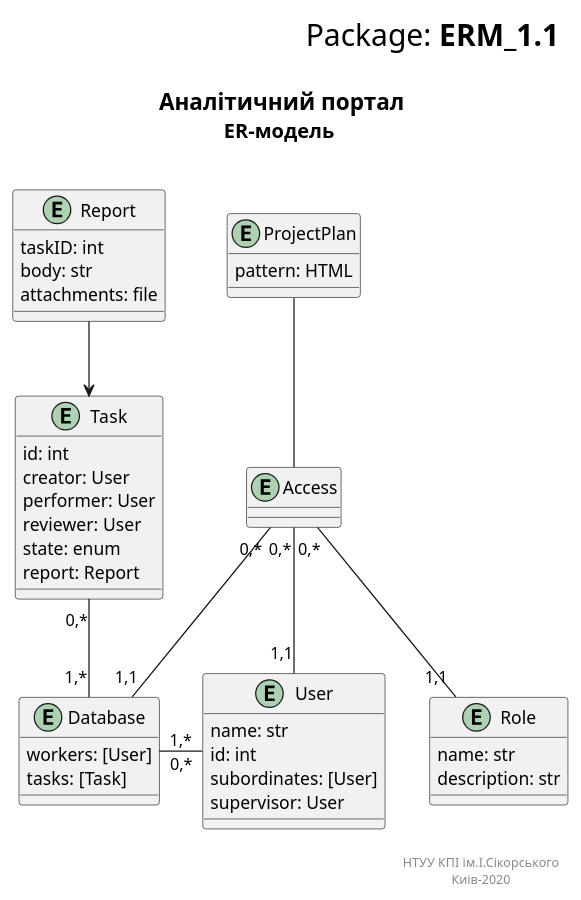
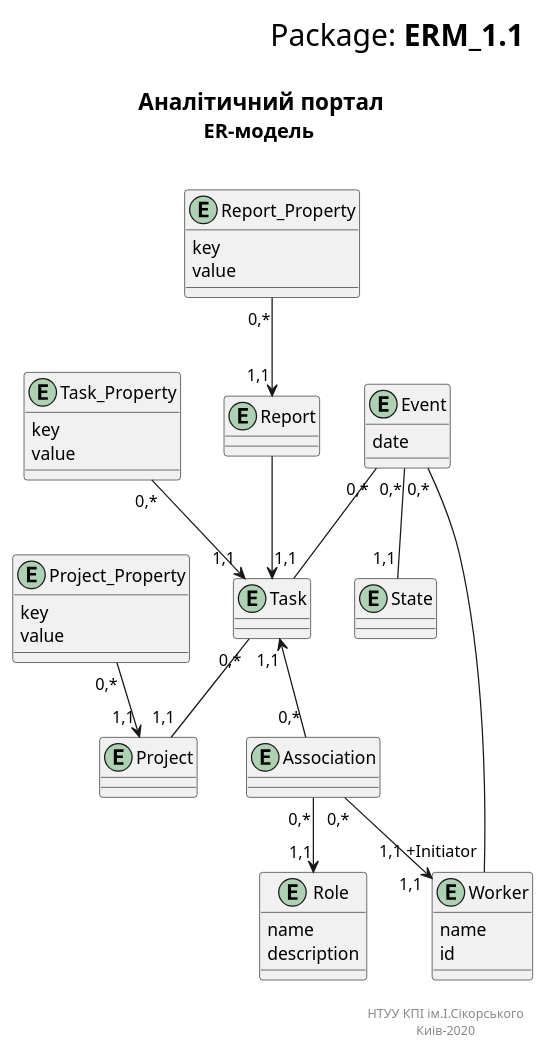
Before and after one commit to BohdanShmalko/project_management_system: the second of 2 diagrams in Documentation/Diagrams/bem_erm.puml, drawn with PlantUML. The commit also changed other lines of this file, not shown here.

```diff
--- a/Documentation/Diagrams/bem_erm.puml
+++ b/Documentation/Diagrams/bem_erm.puml
@@ -87,68 +87,88 @@
-@startuml
-	right header
-	<font size=24 color=black>Package: <b>ERM_1.1
-	
-	end header
-	
-	title
-	<font size=18 color=black>Аналітичний портал
-	<font size=16 color=black>ER-модель 
-	
-	end title
-	
-	entity ProjectPlan {
-		pattern: HTML
-	}
-
-	entity Task {
-		id: int
-		creator: User
-		performer: User
-		reviewer: User
-		state: enum
-		report: Report
-	}
-
-	entity Report {
-		taskID: int
-		body: str
-		attachments: file
-	}
-	
-	entity User {
-		name: str
-		id: int
-		subordinates: [User]
-		supervisor: User
-	}
-
-	entity Role {
-		name: str
-		description: str
-	}
-	
-	entity Access {
-	}
-	
-	entity Database {
-		workers: [User]
-		tasks: [Task]
-	}
-
-	Report --> Task
-	
-	Access "0,*"-- "1,1" Role
-	Access "0,*"-- "1,1" User
-	Access "0,*"-- "1,1" Database
-
-	Database "1,*"-r- "0,*" User
-	Database "1,*"-u- "0,*" Task
-
-	ProjectPlan -- Access
-
-	right footer
-	
-	НТУУ КПІ ім.І.Сікорського
-	Киів-2020 
-	end footer
+@startuml 
+right header 
+<font size=24 color=black>Package: <b>ERM_1.1 
+ 
+end header 
+ 
+title 
+<font size=18 color=black>Аналітичний портал 
+<font size=16 color=black>ER-модель  
+ 
+end title 
+ 
+entity Project { 
+} 
+ 
+entity Project_Property { 
+ key 
+ value 
+} 
+ 
+Project_Property "0,*"-->"1,1" Project 
+ 
+entity Task { 
+} 
+ 
+entity Task_Property { 
+ key 
+ value 
+} 
+ 
+ 
+Task_Property "0,*"--> "1,1" Task 
+ 
+Task "0,*" -- "1,1" Project 
+ 
+entity State { 
+} 
+ 
+entity Event{ 
+ date 
+} 
+ 
+entity Worker { 
+ name 
+ id 
+} 
+ 
+ 
+Event "0,*" -- "1,1" Task 
+Event "0,*" -- "1,1" State 
+Event "0,*" -- "1,1 +Initiator" Worker   
+ 
+entity Association { 
+} 
+ 
+ 
+entity Role { 
+ name 
+ description 
+} 
+ 
+Association "0,*" -u-> "1,1" Task 
+Association "0,*" --> "1,1" Worker 
+Association "0,*" --> "1,1" Role 
+ 
+entity Report { 
+} 
+ 
+entity Report_Property { 
+ key 
+ value 
+} 
+ 
+Report_Property "0,*"--> "1,1" Report 
+ 
+ 
+ 
+ 
+Report --> Task 
+ 
+ 
+ 
+right footer 
+ 
+НТУУ КПІ ім.І.Сікорського 
+Киів-2020  
+end footer 
 @enduml
```
